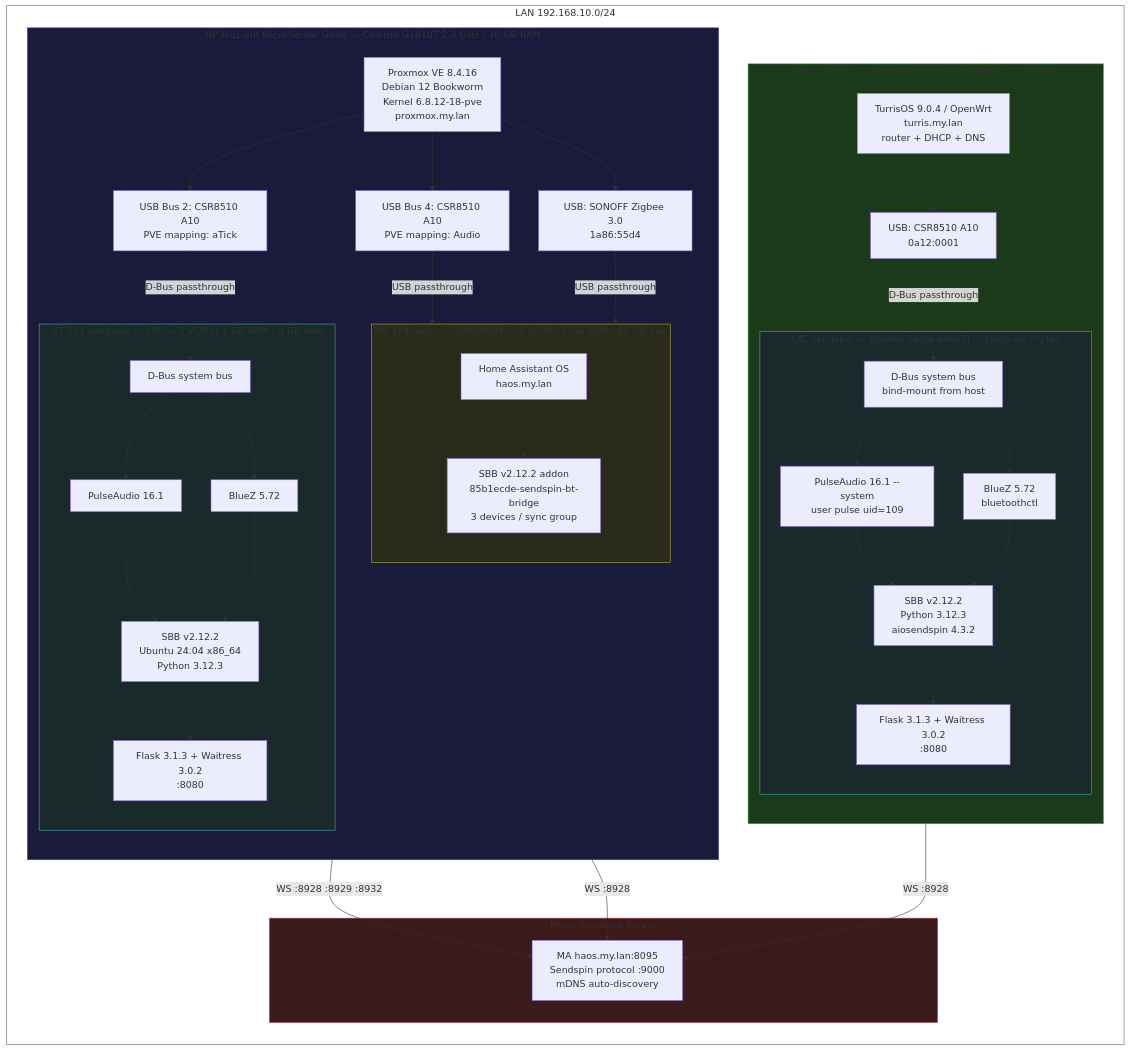
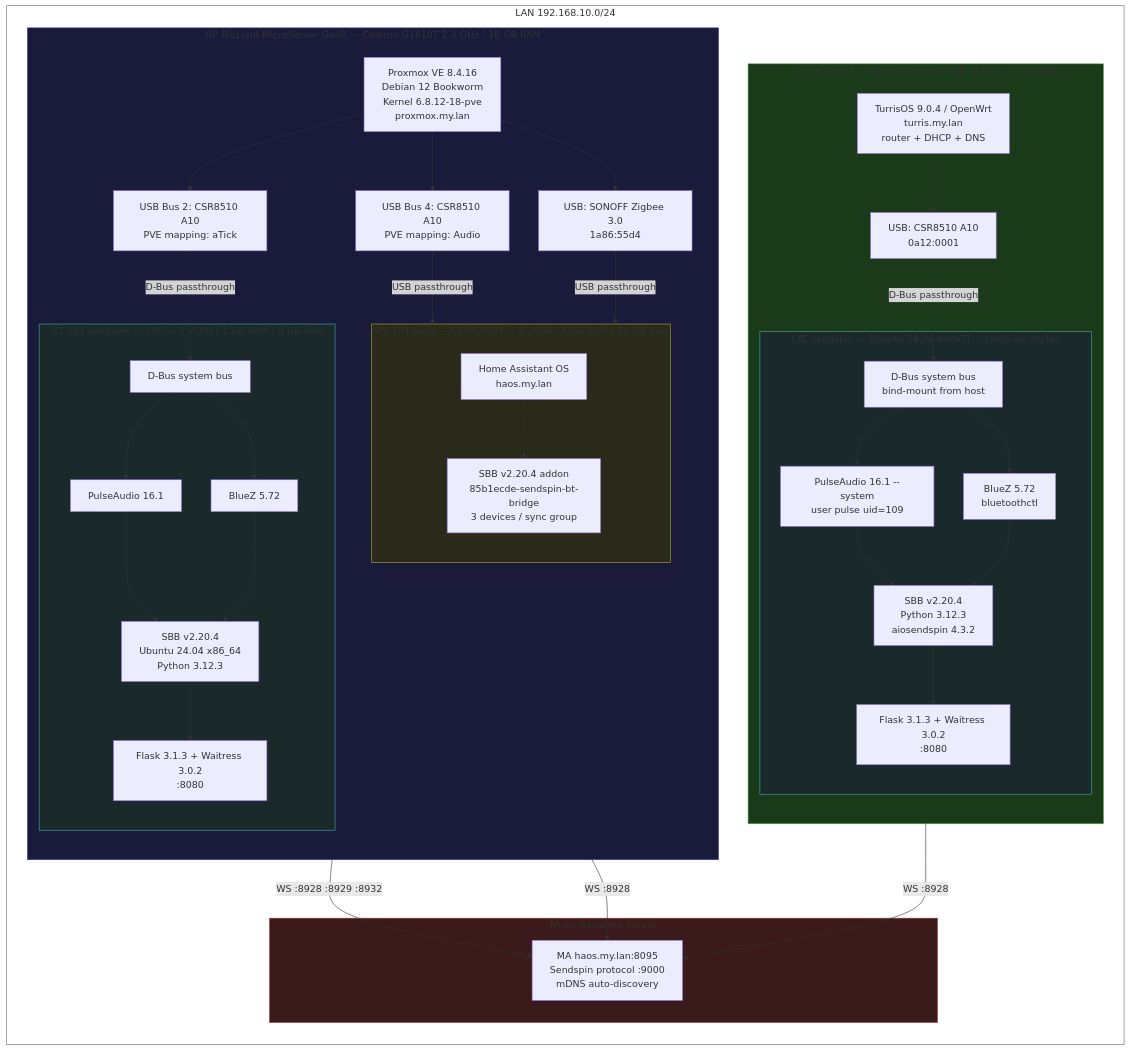
The first of 3 diagrams in docs-site/src/content/docs/test-stand.md (trudenboy/sendspin-bt-bridge), drawn with Mermaid before and after one commit. The commit also changed other lines of this file and 19 other files, not shown here.

````diff
--- a/docs-site/src/content/docs/test-stand.md
+++ b/docs-site/src/content/docs/test-stand.md
@@ -10,76 +10,76 @@
 ```mermaid
 graph TB
     subgraph net["LAN 192.168.10.0/24"]
         direction TB
 
         subgraph turris["Turris Omnia — Marvell Armada 385 ARMv7 / 2 GB RAM"]
             direction TB
             T_HOST["TurrisOS 9.0.4 / OpenWrt<br/>turris.my.lan<br/>router + DHCP + DNS"]
             T_USB["USB: CSR8510 A10<br/>0a12:0001"]
             subgraph T_LXC["LXC sendspin — Ubuntu 24.04 armv7l — turris-lxc.my.lan"]
                 T_DBUS["D-Bus system bus<br/>bind-mount from host"]
                 T_PA["PulseAudio 16.1 --system<br/>user pulse uid=109"]
                 T_BLUEZ["BlueZ 5.72<br/>bluetoothctl"]
-                T_SBB["SBB v2.12.2<br/>Python 3.12.3<br/>aiosendspin 4.3.2"]
+                T_SBB["SBB v2.20.4<br/>Python 3.12.3<br/>aiosendspin 4.3.2"]
                 T_WEB["Flask 3.1.3 + Waitress 3.0.2<br/>:8080"]
                 T_DBUS --> T_BLUEZ
                 T_DBUS --> T_PA
                 T_PA --> T_SBB
                 T_BLUEZ --> T_SBB
                 T_SBB --> T_WEB
             end
             T_HOST --> T_USB
             T_USB -.->|D-Bus passthrough| T_DBUS
         end
 
         subgraph proxmox["HP ProLiant MicroServer Gen8 — Celeron G1610T 2.3 GHz / 16 GB RAM"]
             direction TB
             P_HOST["Proxmox VE 8.4.16<br/>Debian 12 Bookworm<br/>Kernel 6.8.12-18-pve<br/>proxmox.my.lan"]
             P_USB1["USB Bus 4: CSR8510 A10<br/>PVE mapping: Audio"]
             P_USB2["USB Bus 2: CSR8510 A10<br/>PVE mapping: aTick"]
             P_ZIG["USB: SONOFF Zigbee 3.0<br/>1a86:55d4"]
 
             subgraph P_VM["VM 104 haos — QEMU/KVM — 2 vCPU / 6 GB RAM / 64 GB disk"]
                 P_HAOS["Home Assistant OS<br/>haos.my.lan"]
-                P_ADDON["SBB v2.12.2 addon<br/>85b1ecde-sendspin-bt-bridge<br/>3 devices / sync group"]
+                P_ADDON["SBB v2.20.4 addon<br/>85b1ecde-sendspin-bt-bridge<br/>3 devices / sync group"]
                 P_HAOS --> P_ADDON
             end
 
             subgraph P_CT["CT 101 sendspin — LXC — 2 vCPU / 1 GB RAM / 8 GB disk"]
                 P_DBUS["D-Bus system bus"]
                 P_PA["PulseAudio 16.1"]
                 P_BLUEZ2["BlueZ 5.72"]
-                P_SBB["SBB v2.12.2<br/>Ubuntu 24.04 x86_64<br/>Python 3.12.3"]
+                P_SBB["SBB v2.20.4<br/>Ubuntu 24.04 x86_64<br/>Python 3.12.3"]
                 P_WEB2["Flask 3.1.3 + Waitress 3.0.2<br/>:8080"]
                 P_DBUS --> P_BLUEZ2
                 P_DBUS --> P_PA
                 P_PA --> P_SBB
                 P_BLUEZ2 --> P_SBB
                 P_SBB --> P_WEB2
             end
 
             P_HOST --> P_USB1
             P_HOST --> P_USB2
             P_HOST --> P_ZIG
             P_USB1 -->|USB passthrough| P_VM
             P_USB2 -.->|D-Bus passthrough| P_DBUS
             P_ZIG -->|USB passthrough| P_VM
         end
 
         subgraph ma_box["Music Assistant Server"]
             MA["MA haos.my.lan:8095<br/>Sendspin protocol :9000<br/>mDNS auto-discovery"]
         end
     end
 
     P_ADDON -->|"WS :8928 :8929 :8932"| MA
     P_SBB -->|"WS :8928"| MA
     T_SBB -->|"WS :8928"| MA
 
     style net fill:none,stroke:#666
     style turris fill:#1a3a1a,stroke:#4a4
     style proxmox fill:#1a1a3a,stroke:#44a
     style ma_box fill:#3a1a1a,stroke:#a44
     style P_VM fill:#2a2a1a,stroke:#aa4
     style P_CT fill:#1a2a2a,stroke:#4aa
     style T_LXC fill:#1a2a2a,stroke:#4aa
 ```
````
